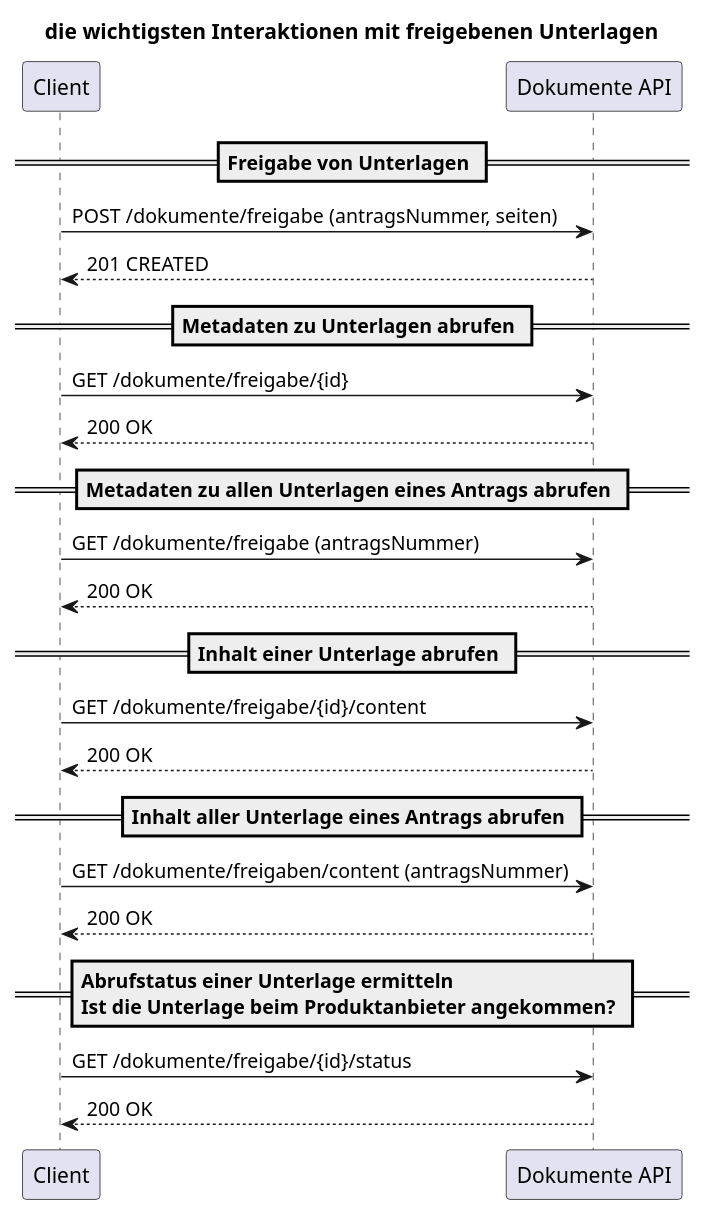
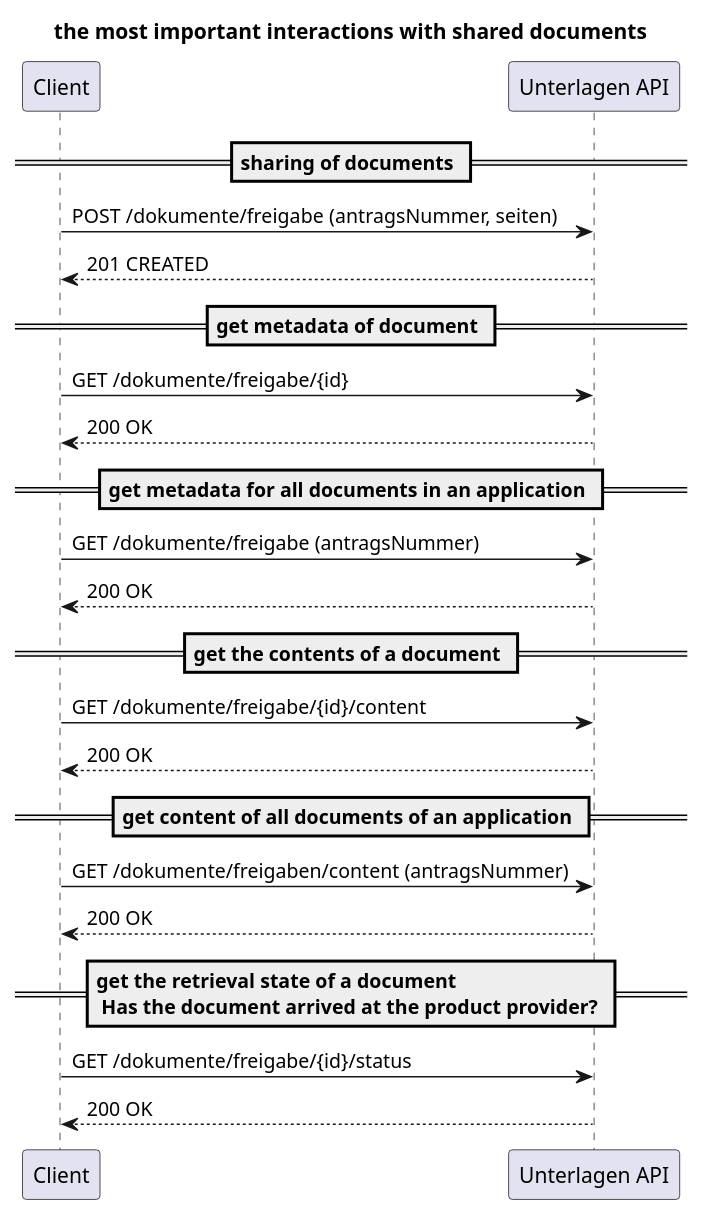
The diagram in docs/Unterlage.puml (europace/unterlagen-api), drawn with PlantUML before and after one commit. The commit also changed 5 other files, not shown here.

```diff
--- a/docs/Unterlage.puml
+++ b/docs/Unterlage.puml
@@ -1,32 +1,32 @@
 @startuml
-title die wichtigsten Interaktionen mit freigebenen Unterlagen
+title the most important interactions with shared documents
 
 participant Client as c
-participant "Dokumente API" as api
+participant "Unterlagen API" as api
 
-== Freigabe von Unterlagen ==
+== sharing of documents ==
 c -> api: POST /dokumente/freigabe (antragsNummer, seiten)
 api --> c: 201 CREATED
 
-== Metadaten zu Unterlagen abrufen ==
+== get metadata of document ==
 c -> api: GET /dokumente/freigabe/{id}
 api --> c: 200 OK
 
-== Metadaten zu allen Unterlagen eines Antrags abrufen ==
+== get metadata for all documents in an application ==
 c -> api: GET /dokumente/freigabe (antragsNummer)
 api --> c: 200 OK
 
-== Inhalt einer Unterlage abrufen ==
+== get the contents of a document ==
 c -> api: GET /dokumente/freigabe/{id}/content
 api --> c: 200 OK
 
-== Inhalt aller Unterlage eines Antrags abrufen ==
+== get content of all documents of an application ==
 c -> api: GET /dokumente/freigaben/content (antragsNummer)
 api --> c: 200 OK
 
-== Abrufstatus einer Unterlage ermitteln\nIst die Unterlage beim Produktanbieter angekommen? ==
+== get the retrieval state of a document \n Has the document arrived at the product provider? ==
 c -> api: GET /dokumente/freigabe/{id}/status
 api --> c: 200 OK
 
 
 @enduml
```
